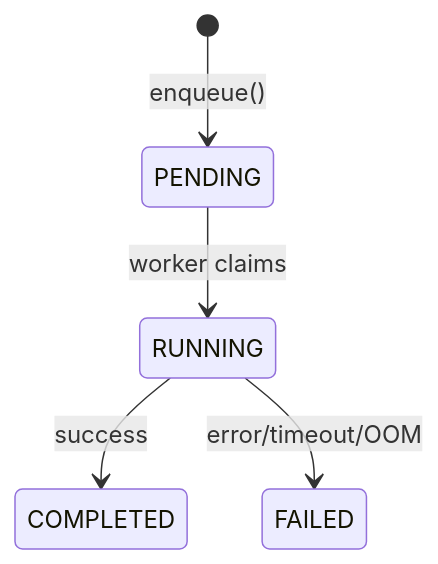
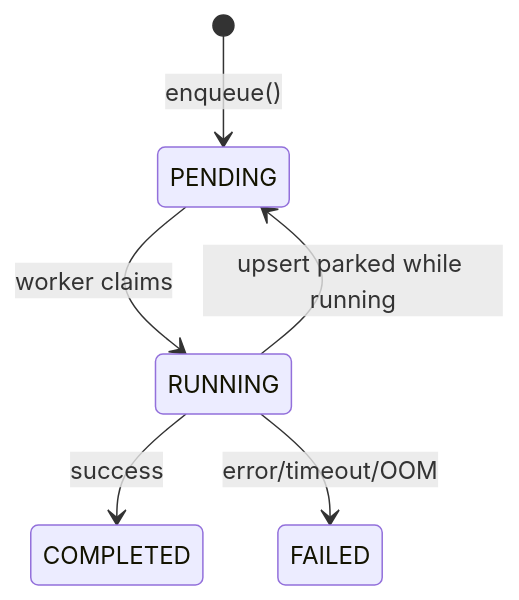
Before and after one commit to flipbit03/pq: the fifth of 5 diagrams in docs/architecture.md, drawn with Mermaid. The commit also changed other lines of this file and 8 other files, not shown here.

````diff
--- a/docs/architecture.md
+++ b/docs/architecture.md
@@ -230,7 +231,8 @@
 ```mermaid
 stateDiagram-v2
     [*] --> PENDING: enqueue()
     PENDING --> RUNNING: worker claims
     RUNNING --> COMPLETED: success
     RUNNING --> FAILED: error/timeout/OOM
+    RUNNING --> PENDING: upsert parked while running
 ```
````
